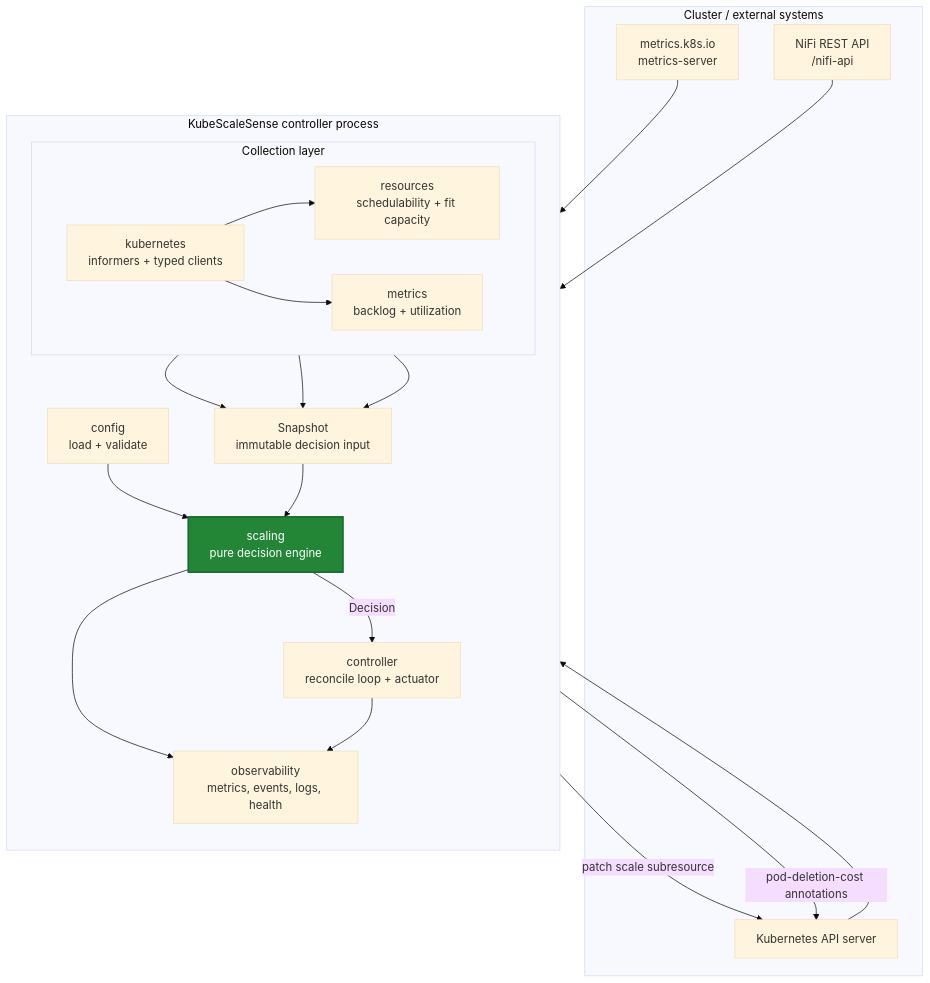
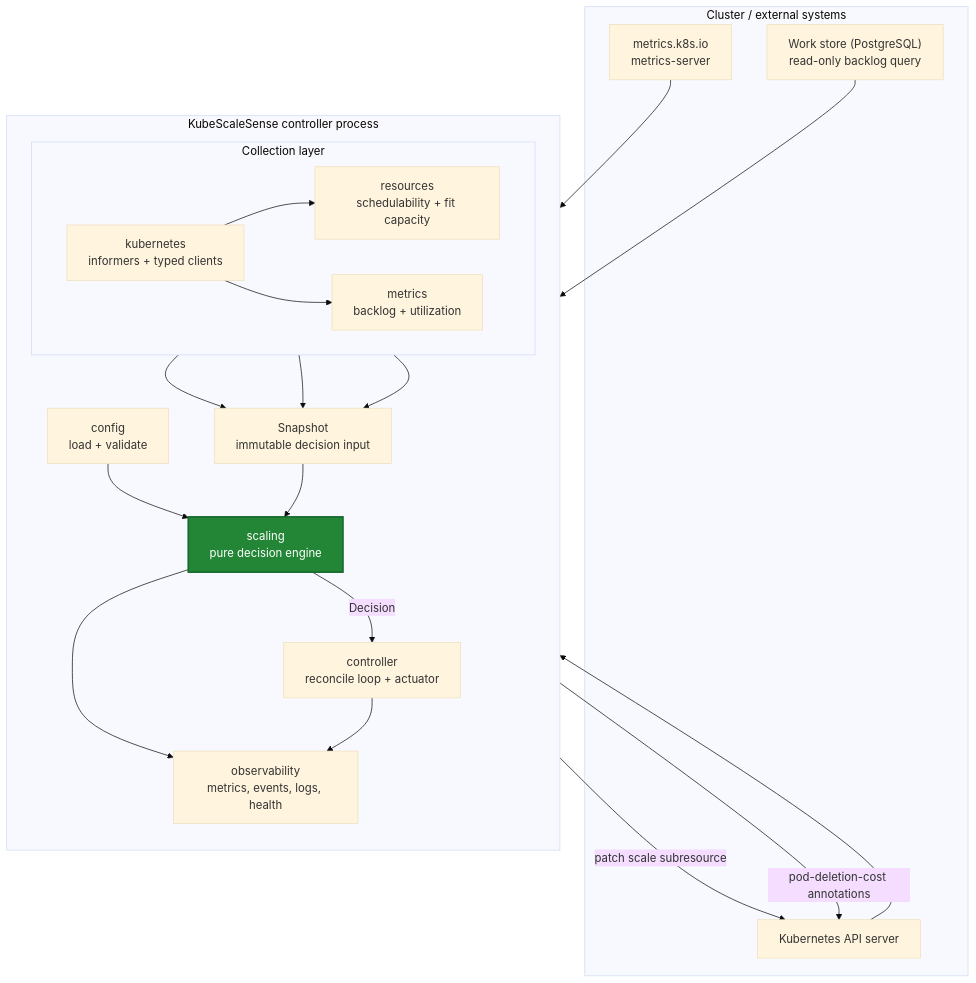
One commit to jensilin/KubeScaleSense changed the second of 6 diagrams in docs/architecture.md. Above: the diagram before and after it, drawn with Mermaid (base theme). The commit also changed other lines of this file and 6 other files, not shown here.

First line of the commit message:
docs: Phase 1 architecture closure - durable work store and open questions

````diff
--- a/docs/architecture.md
+++ b/docs/architecture.md
@@ -59,42 +64,42 @@
 ```mermaid
 flowchart TB
     subgraph EXT["Cluster / external systems"]
         API["Kubernetes API server"]
         MS["metrics.k8s.io<br/>metrics-server"]
-        NIFIAPI["NiFi REST API<br/>/nifi-api"]
+        WSTORE["Work store (PostgreSQL)<br/>read-only backlog query"]
     end
 
     subgraph KSS["KubeScaleSense controller process"]
         direction TB
         CFG["config<br/>load + validate"]
         subgraph COLLECT["Collection layer"]
             direction LR
             KUBE["kubernetes<br/>informers + typed clients"]
             RES["resources<br/>schedulability + fit capacity"]
             MET["metrics<br/>backlog + utilization"]
         end
         SNAP["Snapshot<br/>immutable decision input"]
         ENGINE["scaling<br/>pure decision engine"]
         ACT["controller<br/>reconcile loop + actuator"]
         OBSV["observability<br/>metrics, events, logs, health"]
     end
 
     API --> KUBE
     MS --> MET
-    NIFIAPI --> MET
+    WSTORE --> MET
     KUBE --> RES
     KUBE --> MET
     CFG --> ENGINE
     RES --> SNAP
     MET --> SNAP
     KUBE --> SNAP
     SNAP --> ENGINE
     ENGINE -->|Decision| ACT
     ACT -->|"patch scale subresource"| API
     ACT -->|"pod-deletion-cost annotations"| API
     ENGINE --> OBSV
     ACT --> OBSV
 
     classDef pure fill:#238636,color:#fff,stroke:#116329,stroke-width:2px
     class ENGINE pure
 ```
````
